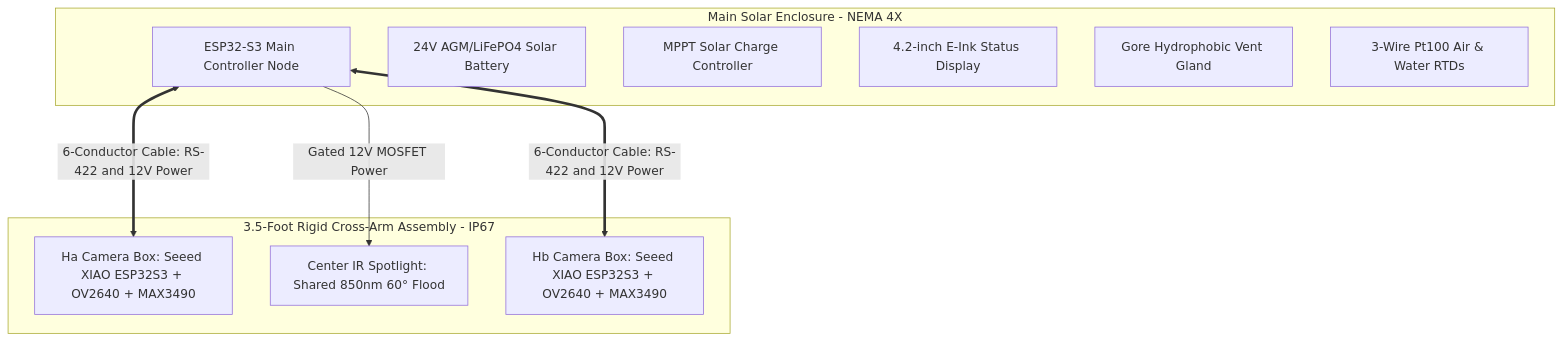
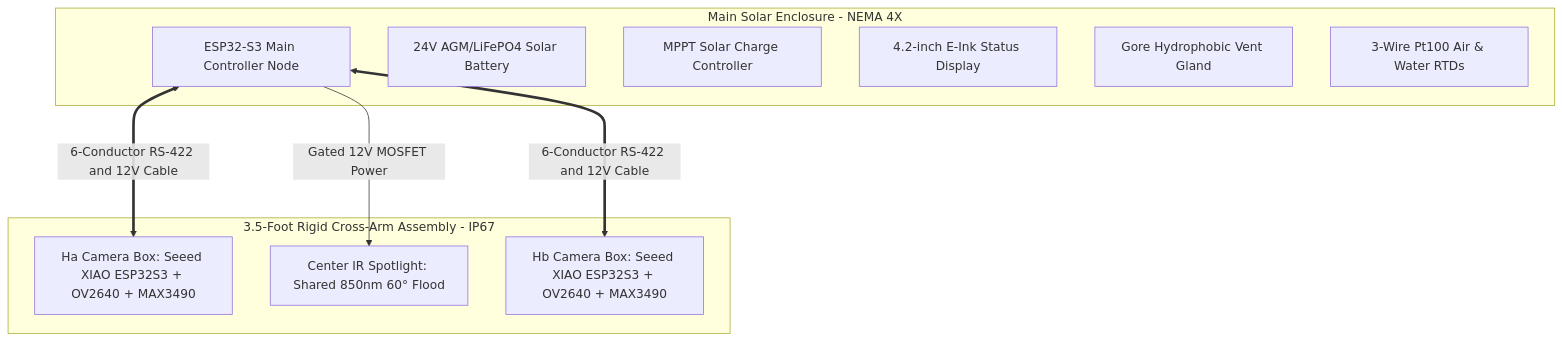
Before and after one commit to Version2beta/Brady_flume: the diagram in README.md, drawn with Mermaid. The commit also changed other lines of this file and 3 other files, not shown here.

````diff
--- a/README.md
+++ b/README.md
@@ -55,21 +55,21 @@
 ```mermaid
 graph TD
     subgraph Main_Solar_Enclosure [Main Solar Enclosure - NEMA 4X]
         Main_ESP32[ESP32-S3 Main Controller Node]
         Battery[24V AGM/LiFePO4 Solar Battery]
         Solar_MPPT[MPPT Solar Charge Controller]
         EPaper[4.2-inch E-Ink Status Display]
         Gore_Vent[Gore Hydrophobic Vent Gland]
         RTDs[3-Wire Pt100 Air & Water RTDs]
     end
 
     subgraph Cross_Arm_Assembly [3.5-Foot Rigid Cross-Arm Assembly - IP67]
         Ha_Cam[Ha Camera Box: Seeed XIAO ESP32S3 + OV2640 + MAX3490]
         Center_IR[Center IR Spotlight: Shared 850nm 60° Flood]
         Hb_Cam[Hb Camera Box: Seeed XIAO ESP32S3 + OV2640 + MAX3490]
     end
 
-    Main_ESP32 <==>|6-Conductor Cable: RS-422 and 12V Power| Ha_Cam
-    Main_ESP32 <==>|6-Conductor Cable: RS-422 and 12V Power| Hb_Cam
+    Main_ESP32 <==>|6-Conductor RS-422 and 12V Cable| Ha_Cam
+    Main_ESP32 <==>|6-Conductor RS-422 and 12V Cable| Hb_Cam
     Main_ESP32 --->|Gated 12V MOSFET Power| Center_IR
 ```
````
